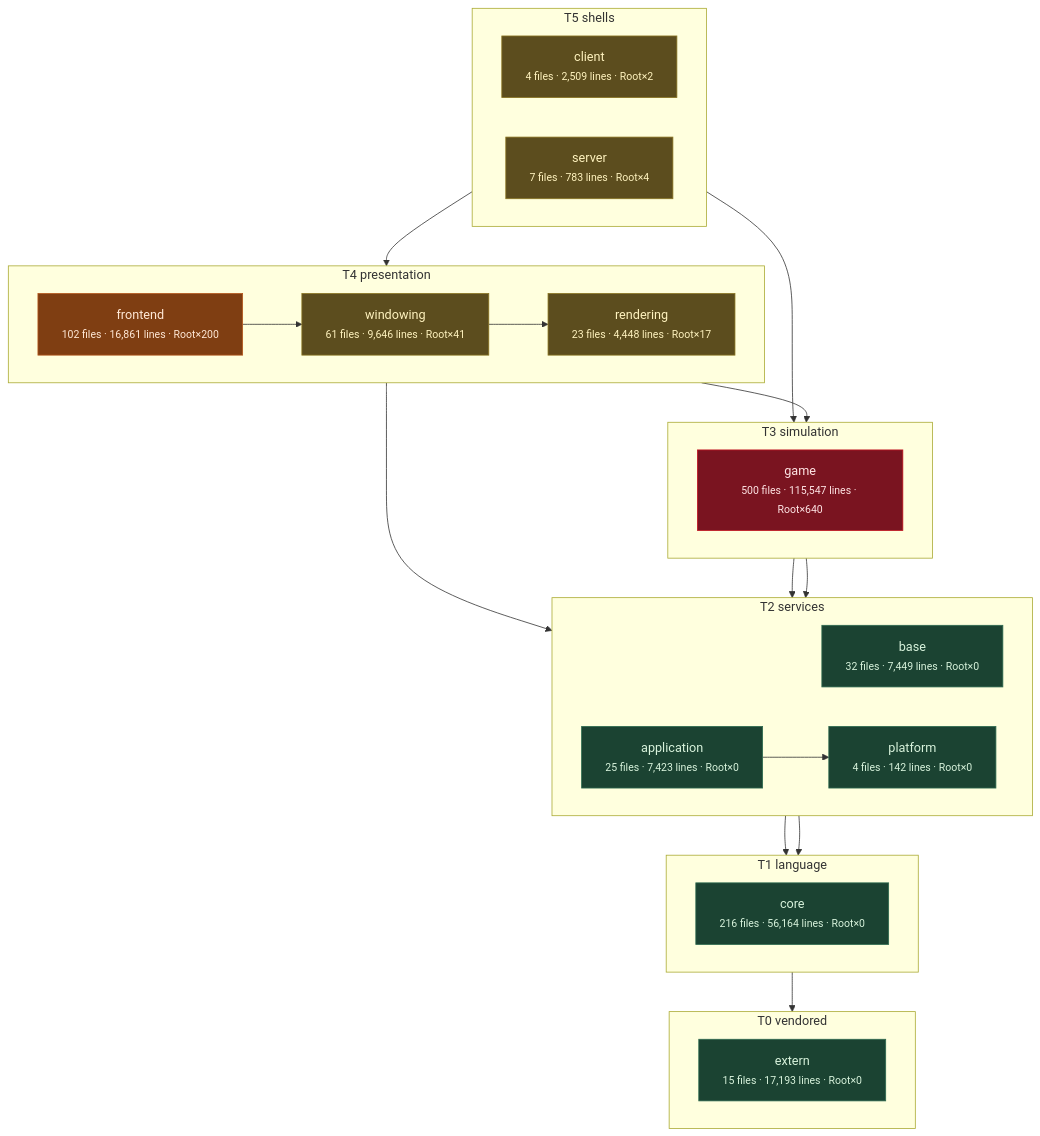
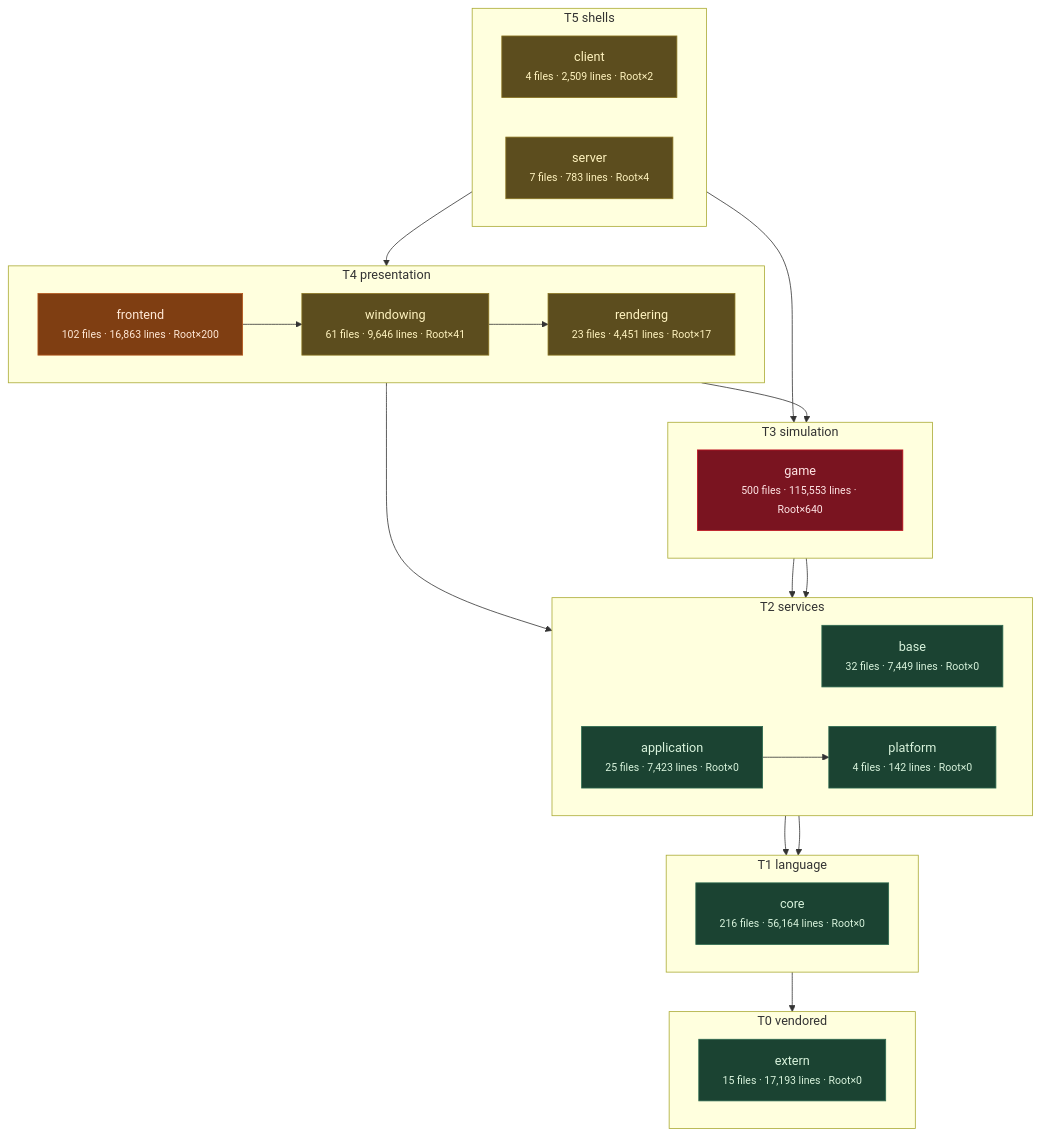
Before and after one commit to apnex/OpenStarbound: the third of 11 diagrams in docs/architecture/system-boundaries.md, drawn with Mermaid. The commit also changed other lines of this file and 3 other files, not shown here.

````diff
--- a/docs/architecture/system-boundaries.md
+++ b/docs/architecture/system-boundaries.md
@@ -270,52 +270,52 @@
 ```mermaid
 flowchart TD
   subgraph T0["T0 vendored"]
     direction LR
     extern["extern<br/><small>15 files · 17,193 lines · Root×0</small>"]
   end
   subgraph T1["T1 language"]
     direction LR
     core["core<br/><small>216 files · 56,164 lines · Root×0</small>"]
   end
   subgraph T2["T2 services"]
     direction LR
     base["base<br/><small>32 files · 7,449 lines · Root×0</small>"]
     platform["platform<br/><small>4 files · 142 lines · Root×0</small>"]
     application["application<br/><small>25 files · 7,423 lines · Root×0</small>"]
   end
   subgraph T3["T3 simulation"]
     direction LR
-    game["game<br/><small>500 files · 115,547 lines · Root×640</small>"]
+    game["game<br/><small>500 files · 115,553 lines · Root×640</small>"]
   end
   subgraph T4["T4 presentation"]
     direction LR
-    rendering["rendering<br/><small>23 files · 4,448 lines · Root×17</small>"]
+    rendering["rendering<br/><small>23 files · 4,451 lines · Root×17</small>"]
     windowing["windowing<br/><small>61 files · 9,646 lines · Root×41</small>"]
-    frontend["frontend<br/><small>102 files · 16,861 lines · Root×200</small>"]
+    frontend["frontend<br/><small>102 files · 16,863 lines · Root×200</small>"]
   end
   subgraph T5["T5 shells"]
     direction LR
     client["client<br/><small>4 files · 2,509 lines · Root×2</small>"]
     server["server<br/><small>7 files · 783 lines · Root×4</small>"]
   end
   core --> extern
   base --> core
   platform --> core
   application --> platform
   game --> base
   game --> platform
   rendering --> application
   rendering --> game
   windowing --> rendering
   frontend --> windowing
   client --> frontend
   server --> game
   classDef clean fill:#1b4332,stroke:#2d6a4f,color:#d8f3dc
   classDef warm  fill:#5c4d1e,stroke:#8a7420,color:#fff3bf
   classDef hot   fill:#7f3e12,stroke:#b5561b,color:#ffe8d6
   classDef blaze fill:#7a1420,stroke:#c1121f,color:#ffe5e5
   class extern,core,base,platform,application clean
   class rendering,windowing,client,server warm
   class frontend hot
   class game blaze
 ```
````
